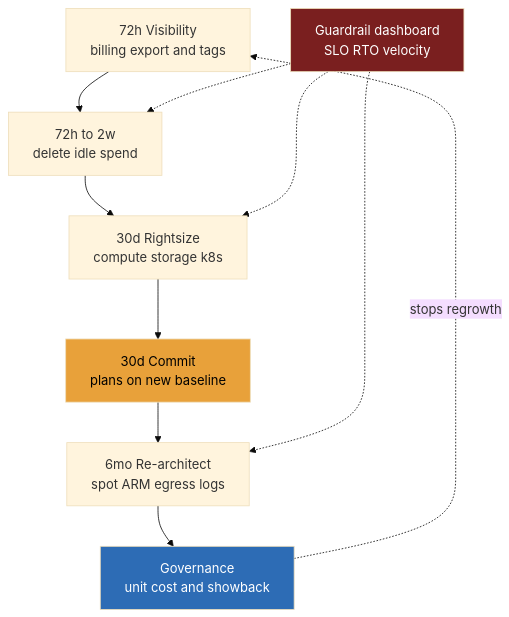
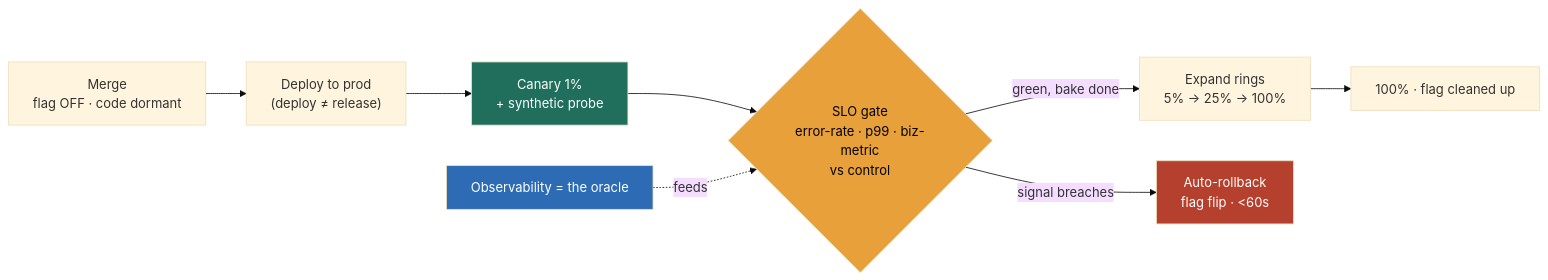
The diagram in src/content/docs/module-14/lesson-14-5.md (hkrathore/sysdesign-course), drawn with Mermaid (base theme) before and after one commit. The commit also changed other lines of this file and 84 other files, not shown here.

````diff
--- a/src/content/docs/module-14/lesson-14-5.md
+++ b/src/content/docs/module-14/lesson-14-5.md
@@ -107,15 +50,14 @@
 ```mermaid
-flowchart TD
-    V[72h Visibility<br/>billing export and tags] --> QW[72h to 2w<br/>delete idle spend]
-    QW --> RS[30d Rightsize<br/>compute storage k8s]
-    RS --> CM[30d Commit<br/>plans on new baseline]
-    CM --> RA[6mo Re-architect<br/>spot ARM egress logs]
-    RA --> GOV[Governance<br/>unit cost and showback]
-    GOV -. stops regrowth .-> V
-    G[Guardrail dashboard<br/>SLO RTO velocity] -.-> QW
-    G -.-> RS
-    G -.-> RA
-    style CM fill:#e8a13a,color:#000
-    style G fill:#7a1f1f,color:#fff
-    style GOV fill:#2d6cb5,color:#fff
+flowchart LR
+    DEV["Merge<br/>flag OFF · code dormant"] --> DEPLOY["Deploy to prod<br/>(deploy ≠ release)"]
+    DEPLOY --> CANARY["Canary 1%<br/>+ synthetic probe"]
+    CANARY --> GATE{"SLO gate<br/>error-rate · p99 · biz-metric<br/>vs control"}
+    GATE -->|green, bake done| RING["Expand rings<br/>5% → 25% → 100%"]
+    GATE -->|signal breaches| RB["Auto-rollback<br/>flag flip · &lt;60s"]
+    RING --> DONE["100% · flag cleaned up"]
+    OBS["Observability = the oracle"] -.feeds.-> GATE
+    style CANARY fill:#1f6f5c,color:#fff
+    style GATE fill:#e8a13a,color:#000
+    style RB fill:#b5402d,color:#fff
+    style OBS fill:#2d6cb5,color:#fff
 ```
````
